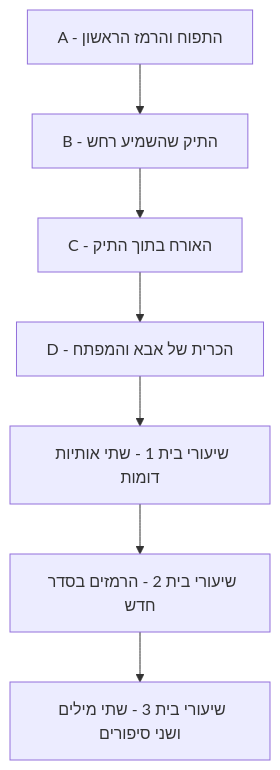
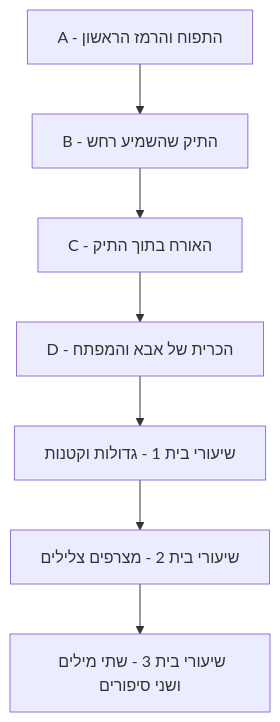
The diagram in questlines/the_alphabet_adventure/_graph.mmd (NeriDavid1/QuestSystem), drawn with Mermaid before and after one commit. The commit also changed 36 other files, not shown here.

```diff
--- a/questlines/the_alphabet_adventure/_graph.mmd
+++ b/questlines/the_alphabet_adventure/_graph.mmd
@@ -1,14 +1,14 @@
 flowchart TD
     q1["A - התפוח והרמז הראשון"]
     q2["B - התיק שהשמיע רחש"]
     q1 --> q2
     q3["C - האורח בתוך התיק"]
     q2 --> q3
     q4["D - הכרית של אבא והמפתח"]
     q3 --> q4
-    q5["שיעורי בית 1 - שתי אותיות דומות"]
+    q5["שיעורי בית 1 - גדולות וקטנות"]
     q4 --> q5
-    q6["שיעורי בית 2 - הרמזים בסדר חדש"]
+    q6["שיעורי בית 2 - מצרפים צלילים"]
     q5 --> q6
     q7["שיעורי בית 3 - שתי מילים ושני סיפורים"]
     q6 --> q7
```
